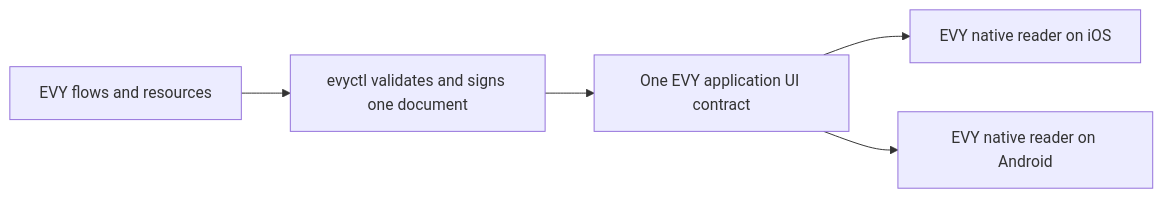
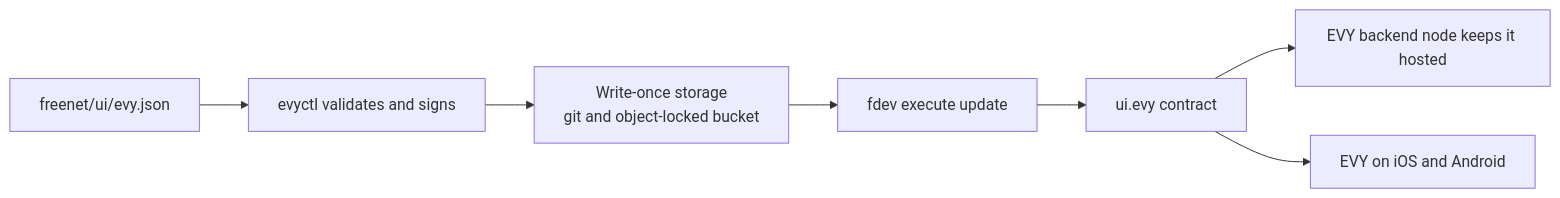
One commit to EVY-Platform/evy-freenet-plans changed the diagram in 2-evy-on-freenet/02-ui-contracts.md. Above: the diagram before and after it, drawn with Mermaid. The commit also changed other lines of this file and 34 other files, not shown here.

````diff
--- a/2-evy-on-freenet/02-ui-contracts.md
+++ b/2-evy-on-freenet/02-ui-contracts.md
@@ -32,7 +22,9 @@
 ```mermaid
 flowchart LR
-  Source[EVY flows and resources] --> Ctl[evyctl validates and signs one document]
-  Ctl --> UI[One EVY application UI contract]
-  UI --> IOS[EVY native reader on iOS]
-  UI --> Android[EVY native reader on Android]
+  Source[freenet/ui/evy.json] --> Ctl[evyctl validates and signs]
+  Ctl --> Store[Write-once storage<br>git and object-locked bucket]
+  Store --> Send[fdev execute update]
+  Send --> UI[ui.evy contract]
+  UI --> Node[EVY backend node keeps it hosted]
+  UI --> Phones[EVY on iOS and Android]
 ```
````
